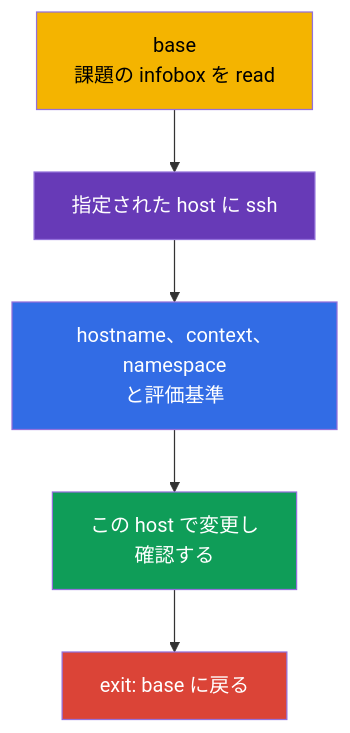
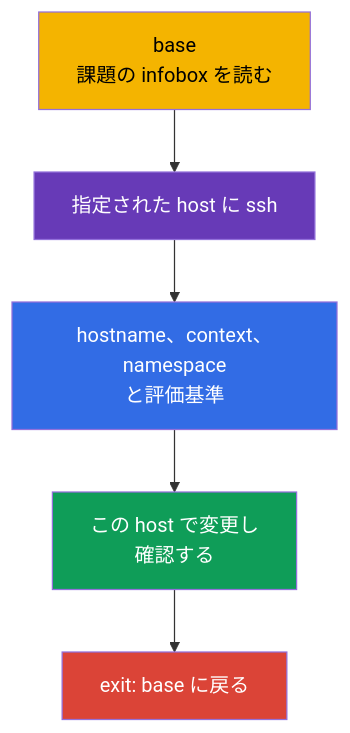
Before and after one commit to ViktorUJ/cks: the first of 3 diagrams in tasks/cks/course/33/jp.md, drawn with Mermaid. The commit also changed other lines of this file and 280 other files, not shown here.

````diff
--- a/tasks/cks/course/33/jp.md
+++ b/tasks/cks/course/33/jp.md
@@ -42,12 +42,12 @@
 ```mermaid
 flowchart TB
-    base["base<br/>課題の infobox を read"] --> ssh["指定された host に ssh"]
+    base["base<br/>課題の infobox を読む"] --> ssh["指定された host に ssh"]
     ssh --> scope["hostname、context、namespace<br/>と評価基準"]
     scope --> change["この host で変更し<br/>確認する"]
     change --> exit["exit: base に戻る"]
     style base fill:#f4b400,color:#000
     style ssh fill:#673ab7,color:#fff
     style scope fill:#326ce5,color:#fff
     style change fill:#0f9d58,color:#fff
     style exit fill:#db4437,color:#fff
 ```
````
